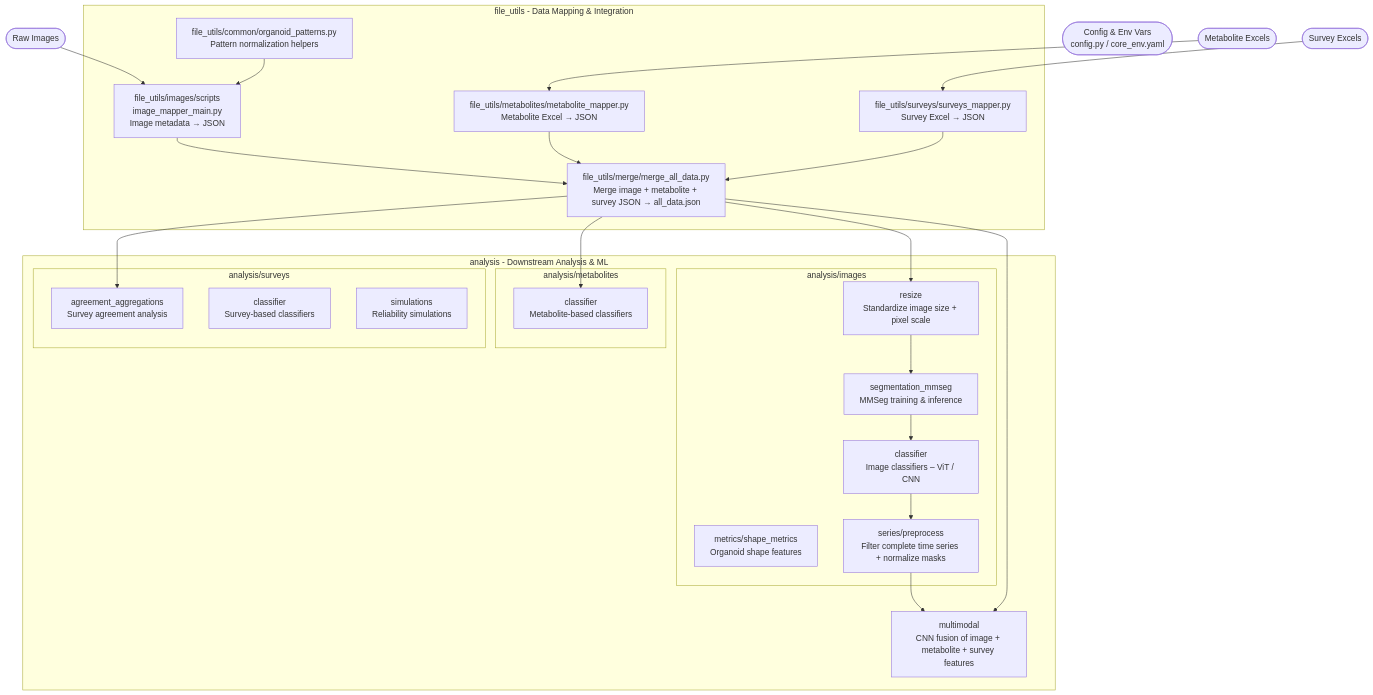
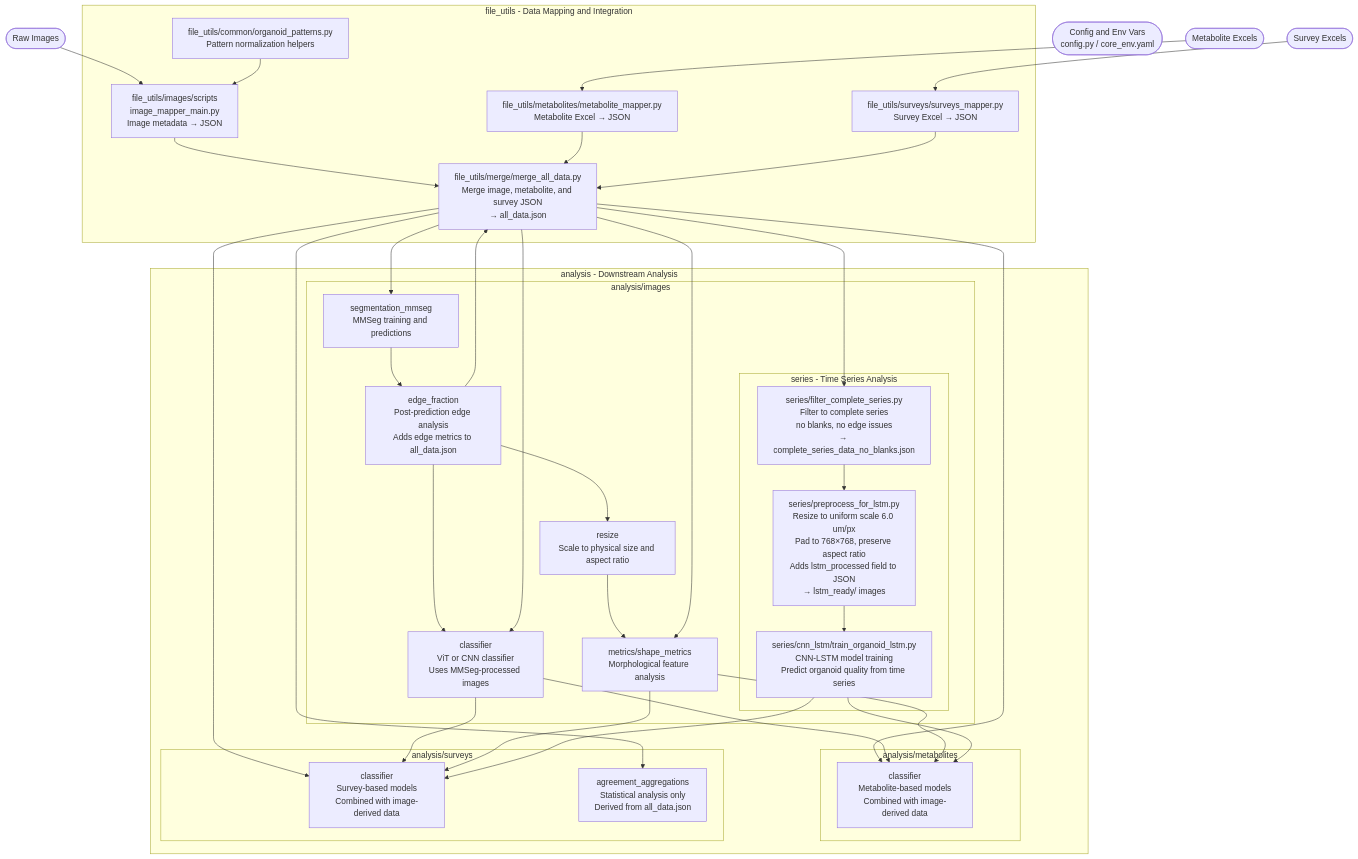
Before and after one commit to dsi-clinic/2025-promega-mini-test: the diagram in README.md, drawn with Mermaid. The commit also changed other lines of this file and 15 other files, not shown here.

````diff
--- a/README.md
+++ b/README.md
@@ -7,60 +7,78 @@
 ```mermaid
+%%{init: {"themeVariables": { "fontSize": "16px" }, "flowchart": { "rankSpacing": 50, "nodeSpacing": 45 }}}%%
 flowchart TD
     %% ========= INPUT STAGE ========= %%
     A1([Raw Images])
     A2([Metabolite Excels])
     A3([Survey Excels])
-    A4([Config & Env Vars<br/>config.py / core_env.yaml])
-
+    A4([Config and Env Vars<br/>config.py / core_env.yaml])
+    
     %% ========= FILE_UTILS PROCESSING ========= %%
-    subgraph B[file_utils - Data Mapping & Integration]
+    subgraph B[file_utils - Data Mapping and Integration]
         B1[file_utils/images/scripts<br/>image_mapper_main.py<br/>Image metadata → JSON]
         B1b[file_utils/common/organoid_patterns.py<br/>Pattern normalization helpers]
         B2[file_utils/metabolites/metabolite_mapper.py<br/>Metabolite Excel → JSON]
         B3[file_utils/surveys/surveys_mapper.py<br/>Survey Excel → JSON]
-        B4[file_utils/merge/merge_all_data.py<br/>Merge image + metabolite + survey JSON → all_data.json]
+        B4[file_utils/merge/merge_all_data.py<br/>Merge image, metabolite, and survey JSON<br/>→ all_data.json]
     end
-
+    
     %% ========= ANALYSIS PIPELINE ========= %%
-    subgraph C[analysis - Downstream Analysis & ML]
+    subgraph C[analysis - Downstream Analysis]
         subgraph C1[analysis/images]
-            C11[resize<br/>Standardize image size + pixel scale]
-            C12[metrics/shape_metrics<br/>Organoid shape features]
-            C13[segmentation_mmseg<br/>MMSeg training & inference]
-            C14[classifier<br/>Image classifiers – ViT / CNN]
-            C15[series/preprocess<br/>Filter complete time series + normalize masks]
+            C13[segmentation_mmseg<br/>MMSeg training and predictions]
+            C16[edge_fraction<br/>Post-prediction edge analysis<br/>Adds edge metrics to all_data.json]
+            C14[classifier<br/>ViT or CNN classifier<br/>Uses MMSeg-processed images]
+            C11[resize<br/>Scale to physical size and aspect ratio]
+            C12[metrics/shape_metrics<br/>Morphological feature analysis]
+            
+            subgraph C15[series - Time Series Analysis]
+                C15a[series/filter_complete_series.py<br/>Filter to complete series<br/>no blanks, no edge issues<br/>→ complete_series_data_no_blanks.json]
+                C15b[series/preprocess_for_lstm.py<br/>Resize to uniform scale 6.0 um/px<br/>Pad to 768×768, preserve aspect ratio<br/>Adds lstm_processed field to JSON<br/>→ lstm_ready/ images]
+                C15c[series/cnn_lstm/train_organoid_lstm.py<br/>CNN-LSTM model training<br/>Predict organoid quality from time series]
+            end
         end
-
+        
         subgraph C2[analysis/metabolites]
-            C21[classifier<br/>Metabolite-based classifiers]
+            C21[classifier<br/>Metabolite-based models<br/>Combined with image-derived data]
         end
-
+        
         subgraph C3[analysis/surveys]
-            C31[agreement_aggregations<br/>Survey agreement analysis]
-            C32[classifier<br/>Survey-based classifiers]
-            C33[simulations<br/>Reliability simulations]
+            C32[classifier<br/>Survey-based models<br/>Combined with image-derived data]
+            C33[agreement_aggregations<br/>Statistical analysis only<br/>Derived from all_data.json]
         end
-
-        C4[multimodal<br/>CNN fusion of image + metabolite + survey features]
     end
-
+    
     %% ========= DATA FLOW ========= %%
     A1 --> B1
     B1b --> B1
     A2 --> B2
     A3 --> B3
     B1 --> B4
     B2 --> B4
     B3 --> B4
-
-    %% From merged data to analyses
-    B4 --> C11
-    C11 --> C13
-    C13 --> C14
-    C14 --> C15
-    C15 --> C4
-
+    
+    B4 --> C13
+    C13 --> C16
+    C16 --> B4
+    C16 --> C14
+    C16 --> C11
+    
+    %% LSTM Pipeline Flow
+    B4 --> C15a
+    C15a --> C15b
+    C15b --> C15c
+    
+    C11 --> C12
+    B4 --> C14
+    B4 --> C12
     B4 --> C21
-    B4 --> C31
-    B4 --> C4
+    B4 --> C32
+    B4 --> C33
+    
+    C14 --> C21
+    C14 --> C32
+    C12 --> C21
+    C12 --> C32
+    C15c --> C21
+    C15c --> C32
 ```
````
